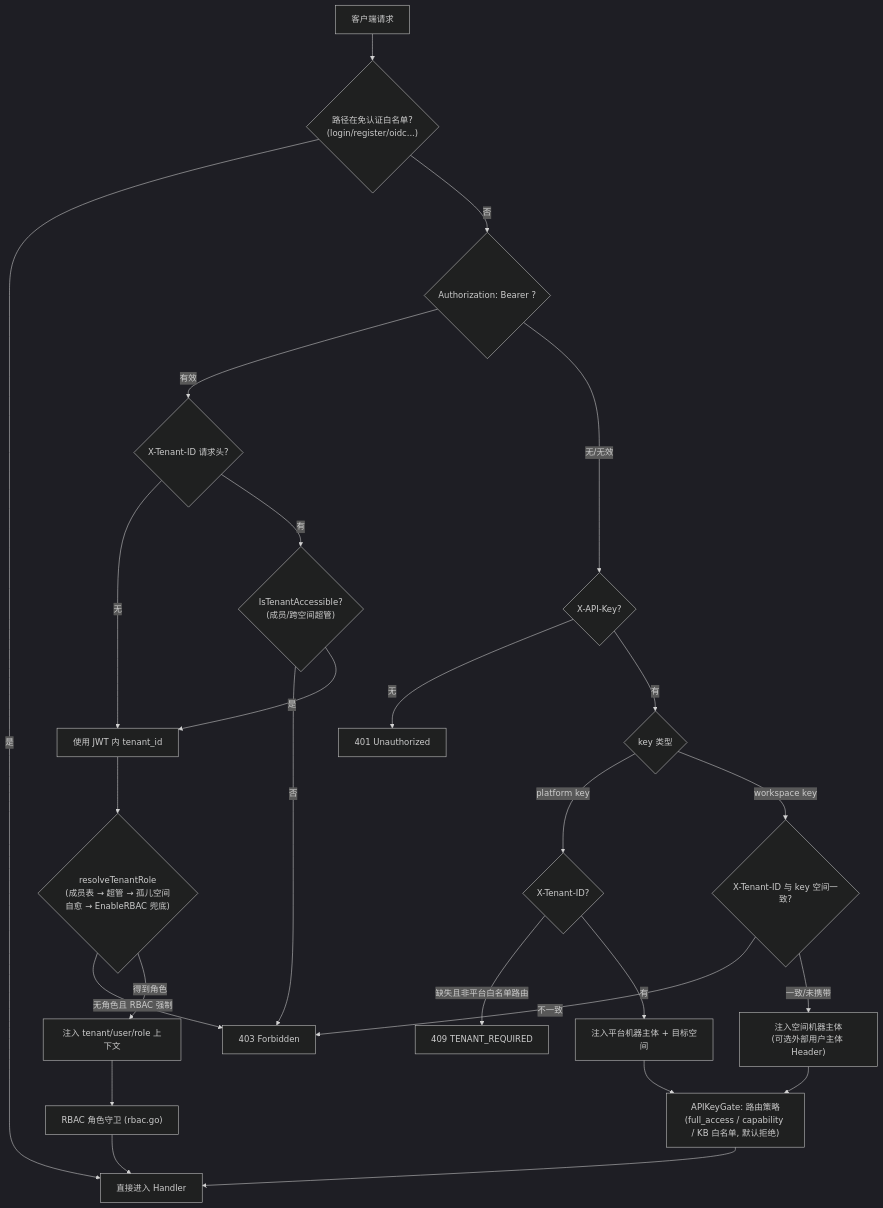
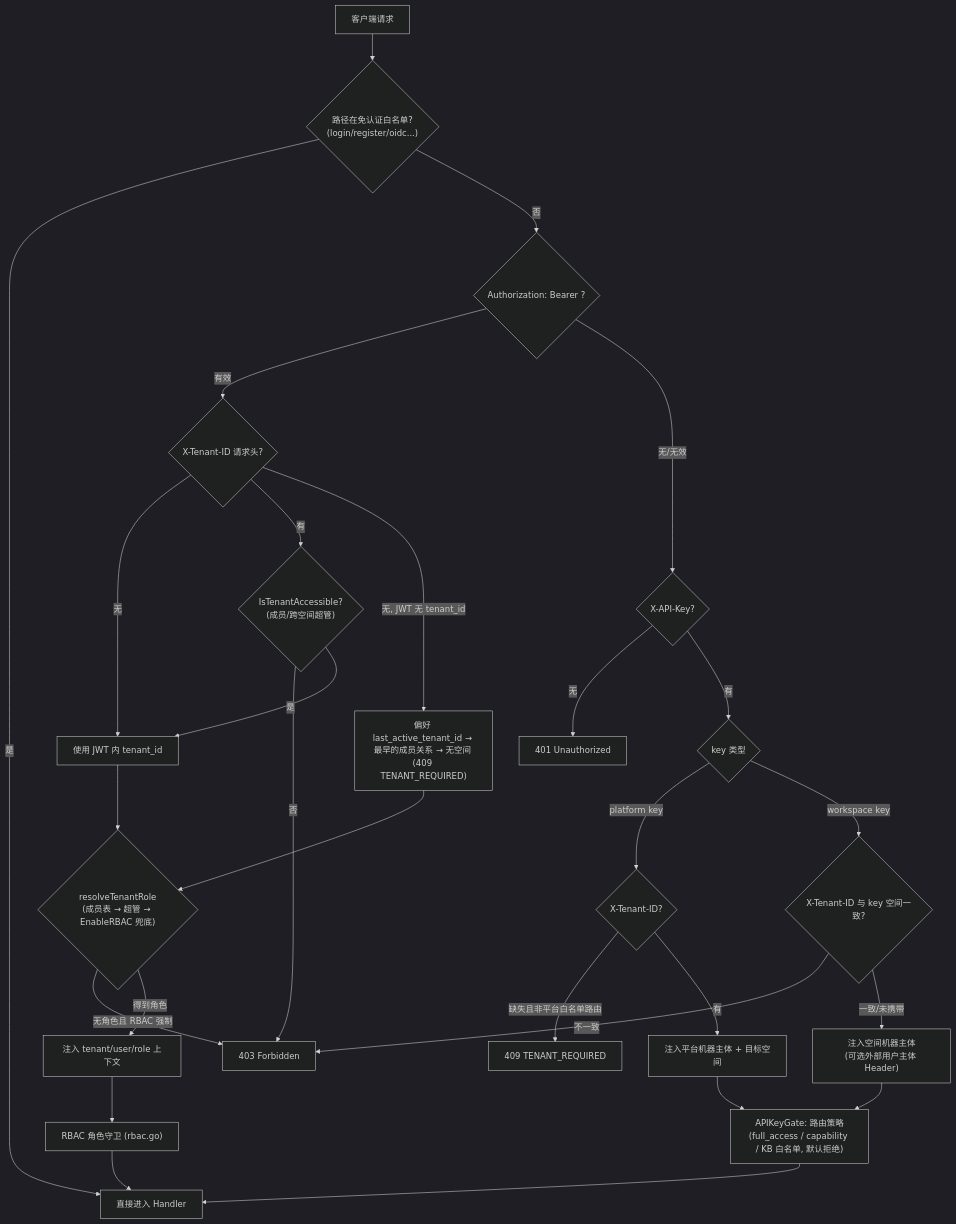
The diagram in website-docs/04-api/01-api-overview.md (magicyuan876/Yuheng), drawn with Mermaid (dark theme) before and after one commit. The commit also changed other lines of this file and 39 other files, not shown here.

````diff
--- a/website-docs/04-api/01-api-overview.md
+++ b/website-docs/04-api/01-api-overview.md
@@ -69,28 +69,30 @@
 ```mermaid
 flowchart TD
     A["客户端请求"] --> B{"路径在免认证白名单?<br/>(login/register/oidc...)"}
     B -- "是" --> H["直接进入 Handler"]
     B -- "否" --> C{"Authorization: Bearer <JWT>?"}
     C -- "有效" --> D{"X-Tenant-ID 请求头?"}
     D -- "无" --> E["使用 JWT 内 tenant_id"]
     D -- "有" --> F{"IsTenantAccessible?<br/>(成员/跨空间超管)"}
     F -- "否" --> G["403 Forbidden"]
     F -- "是" --> E
-    E --> R{"resolveTenantRole<br/>(成员表 → 超管 → 孤儿空间自愈 → EnableRBAC 兜底)"}
+    D -- "无, JWT 无 tenant_id" --> E2["偏好 last_active_tenant_id → 最早的成员关系 → 无空间 (409 TENANT_REQUIRED)"]
+    E2 --> R
+    E --> R{"resolveTenantRole<br/>(成员表 → 超管 → EnableRBAC 兜底)"}
     R -- "无角色且 RBAC 强制" --> G
     R -- "得到角色" --> P["注入 tenant/user/role 上下文"]
     C -- "无/无效" --> K{"X-API-Key?"}
     K -- "无" --> U["401 Unauthorized"]
     K -- "有" --> L{"key 类型"}
     L -- "platform key" --> M{"X-Tenant-ID?"}
     M -- "缺失且非平台白名单路由" --> V["409 TENANT_REQUIRED"]
     M -- "有" --> P2["注入平台机器主体 + 目标空间"]
     L -- "workspace key" --> N{"X-Tenant-ID 与 key 空间一致?"}
     N -- "不一致" --> G
     N -- "一致/未携带" --> P3["注入空间机器主体<br/>(可选外部用户主体 Header)"]
     P --> Q["RBAC 角色守卫 (rbac.go)"]
     P2 --> S["APIKeyGate: 路由策略<br/>(full_access / capability / KB 白名单, 默认拒绝)"]
     P3 --> S
     Q --> H
     S --> H
 ```
````
